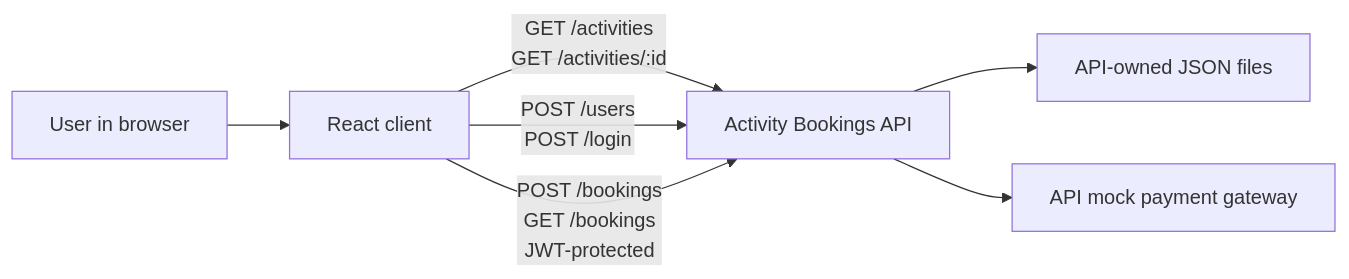
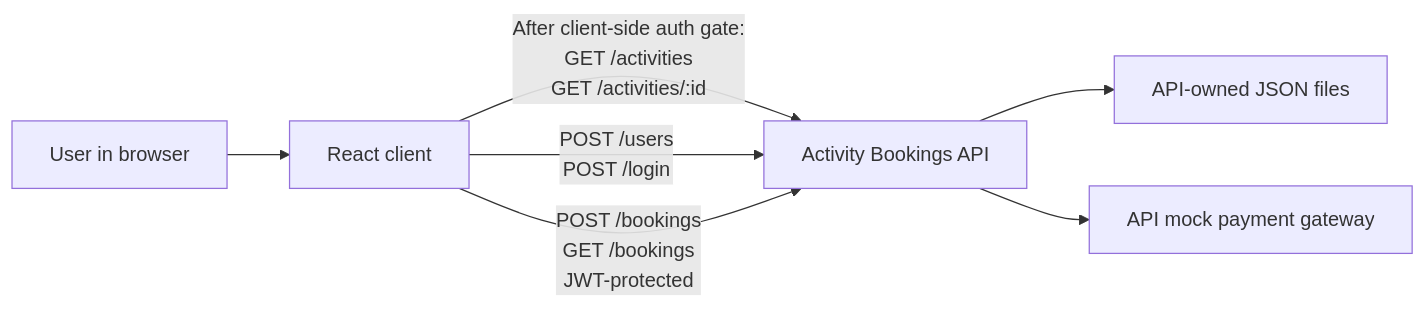
One commit to diegoperezramos/activity-bookings-client changed the diagram in project/ADD.md. Above: the diagram before and after it, drawn with Mermaid. The commit also changed other lines of this file and 3 other files, not shown here.

````diff
--- a/project/ADD.md
+++ b/project/ADD.md
@@ -41,9 +43,9 @@
 ```mermaid
 flowchart LR
     Visitor[User in browser] --> Client[React client]
-    Client -->|GET /activities<br/>GET /activities/:id| API[Activity Bookings API]
+    Client -->|After client-side auth gate:<br/>GET /activities<br/>GET /activities/:id| API[Activity Bookings API]
     Client -->|POST /users<br/>POST /login| API
     Client -->|POST /bookings<br/>GET /bookings<br/>JWT-protected| API
     API --> Data[API-owned JSON files]
     API --> Payment[API mock payment gateway]
 ```
````
